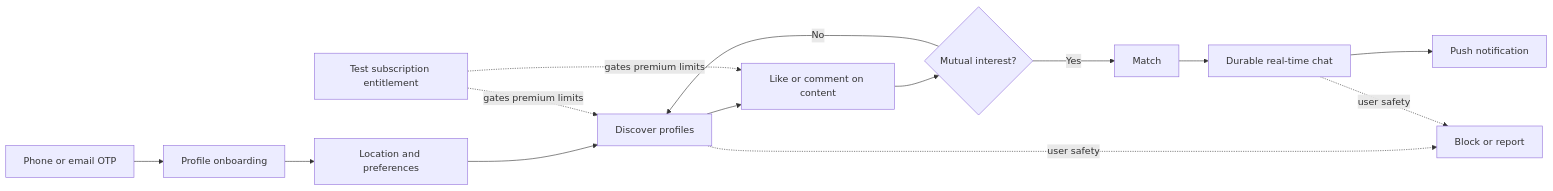
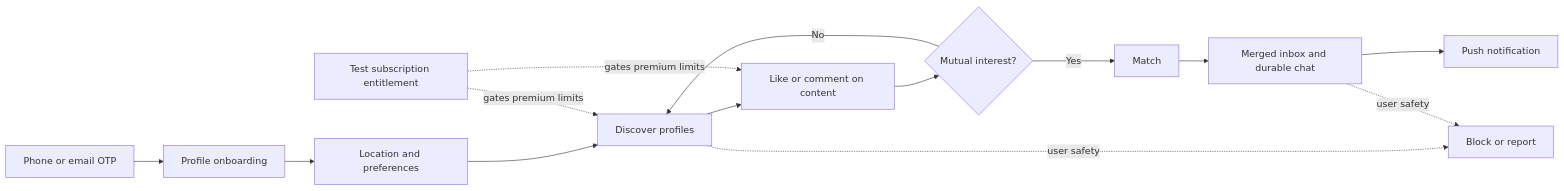
The first of 2 diagrams in README.md (jackedengineer/pro-date), drawn with Mermaid before and after one commit. The commit also changed other lines of this file and 14 other files, not shown here.

First line of the commit message:
feat(mobile): unify matches and chats in the Merged inbox

````diff
--- a/README.md
+++ b/README.md
@@ -36,17 +36,17 @@
 ```mermaid
 flowchart LR
     A[Phone or email OTP] --> B[Profile onboarding]
     B --> C[Location and preferences]
     C --> D[Discover profiles]
     D --> E[Like or comment on content]
     E --> F{Mutual interest?}
     F -- No --> D
     F -- Yes --> G[Match]
-    G --> H[Durable real-time chat]
+    G --> H[Merged inbox and durable chat]
     H --> I[Push notification]
 
     D -. user safety .-> J[Block or report]
     H -. user safety .-> J
     K[Test subscription entitlement] -. gates premium limits .-> D
     K -. gates premium limits .-> E
 ```
````
